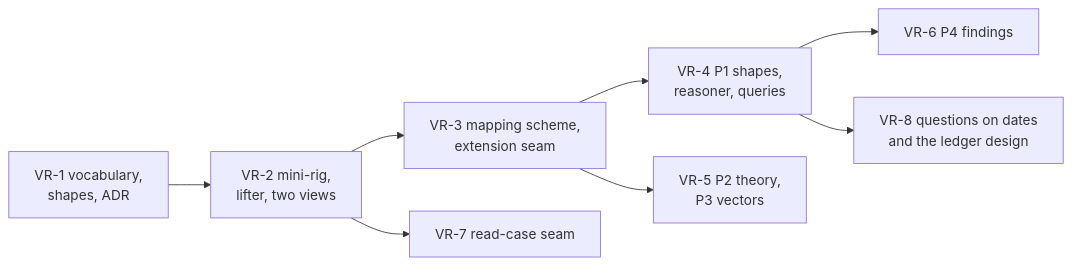
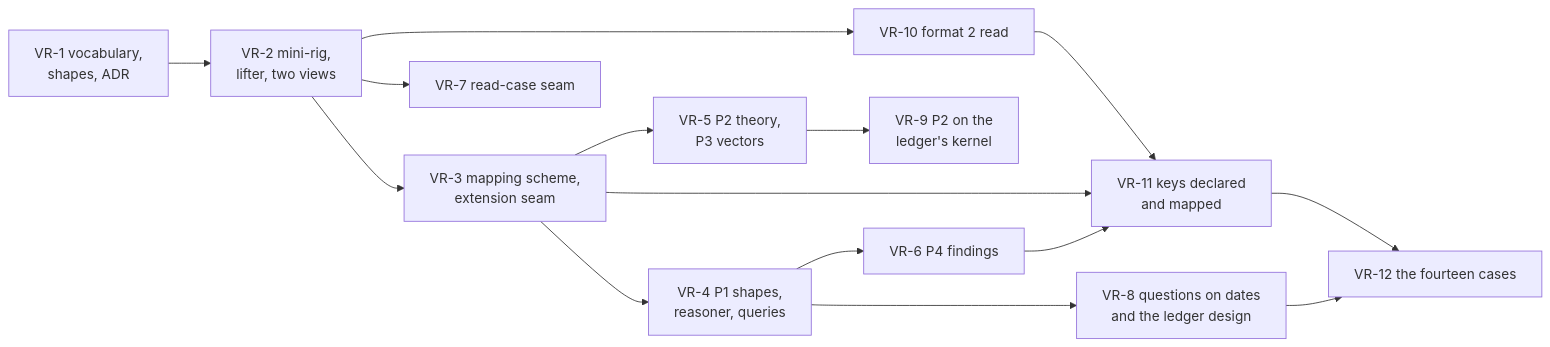
Before and after one commit to nebularis/lattice: the diagram in docs/developer/plans/v-rig.md, drawn with Mermaid. The commit also changed other lines of this file and 6 other files, not shown here.

````diff
--- a/docs/developer/plans/v-rig.md
+++ b/docs/developer/plans/v-rig.md
@@ -61,10 +64,17 @@
 ```mermaid
 flowchart LR
   V1["VR-1 vocabulary,<br/>shapes, ADR"] --> V2["VR-2 mini-rig,<br/>lifter, two views"]
   V2 --> V3["VR-3 mapping scheme,<br/>extension seam"]
   V2 --> V7["VR-7 read-case seam"]
   V3 --> V4["VR-4 P1 shapes,<br/>reasoner, queries"]
   V3 --> V5["VR-5 P2 theory,<br/>P3 vectors"]
   V4 --> V6["VR-6 P4 findings"]
   V4 --> V8["VR-8 questions on dates<br/>and the ledger design"]
+  V5 --> V9["VR-9 P2 on the<br/>ledger's kernel"]
+  V2 --> V10["VR-10 format 2 read"]
+  V10 --> V11["VR-11 keys declared<br/>and mapped"]
+  V3 --> V11
+  V6 --> V11
+  V11 --> V12["VR-12 the fourteen cases"]
+  V8 --> V12
 ```
````
